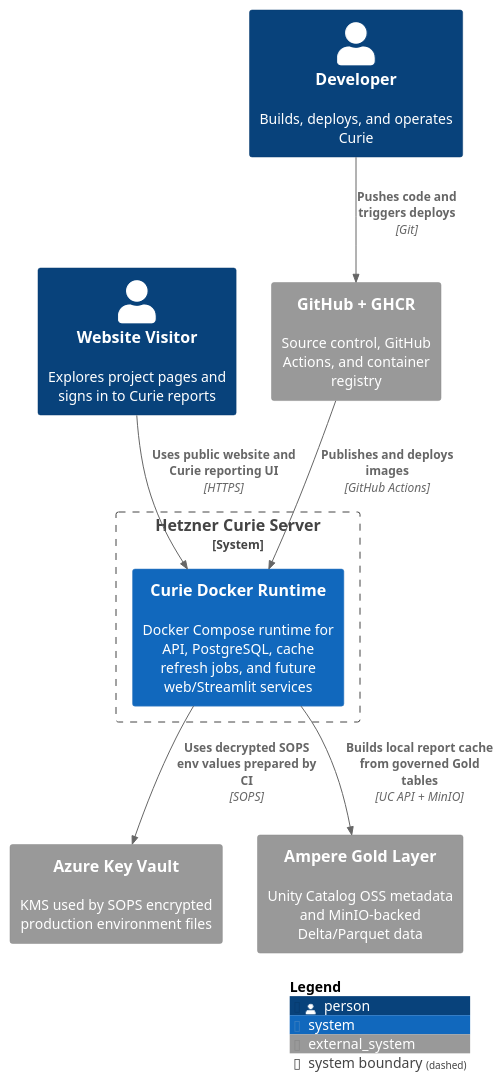
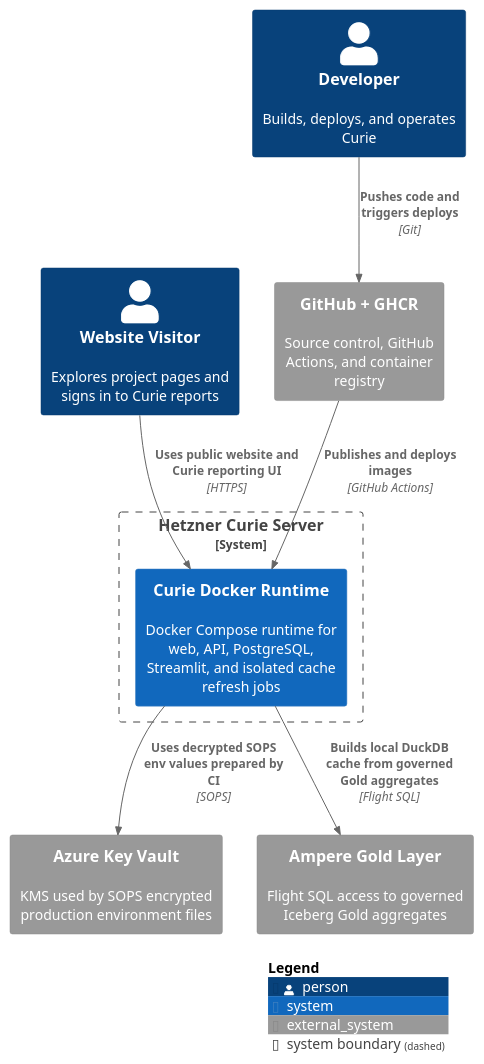
One commit to AntonMiniazev/curie_project changed the diagram in docs/diagrams/context.puml. Above: the diagram before and after it, drawn with PlantUML. The commit also changed 12 other files, not shown here.

```diff
--- a/docs/diagrams/context.puml
+++ b/docs/diagrams/context.puml
@@ -1,24 +1,24 @@
 @startuml CurieContext
 !includeurl https://raw.githubusercontent.com/plantuml-stdlib/C4-PlantUML/master/C4_Context.puml
 LAYOUT_WITH_LEGEND()
 HIDE_STEREOTYPE()
 
 Person(visitor, "Website Visitor", "Explores project pages and signs in to Curie reports")
 Person(dev, "Developer", "Builds, deploys, and operates Curie")
 
 System_Ext(github, "GitHub + GHCR", "Source control, GitHub Actions, and container registry")
 System_Ext(keyvault, "Azure Key Vault", "KMS used by SOPS encrypted production environment files")
-System_Ext(ampere, "Ampere Gold Layer", "Unity Catalog OSS metadata and MinIO-backed Delta/Parquet data")
+System_Ext(ampere, "Ampere Gold Layer", "Flight SQL access to governed Iceberg Gold aggregates")
 
 System_Boundary(curieServer, "Hetzner Curie Server") {
-    System(curieRuntime, "Curie Docker Runtime", "Docker Compose runtime for API, PostgreSQL, cache refresh jobs, and future web/Streamlit services")
+    System(curieRuntime, "Curie Docker Runtime", "Docker Compose runtime for web, API, PostgreSQL, Streamlit, and isolated cache refresh jobs")
 }
 
 Rel(visitor, curieRuntime, "Uses public website and Curie reporting UI", "HTTPS")
 Rel(dev, github, "Pushes code and triggers deploys", "Git")
 Rel(github, curieRuntime, "Publishes and deploys images", "GitHub Actions")
 Rel(curieRuntime, keyvault, "Uses decrypted SOPS env values prepared by CI", "SOPS")
-Rel(curieRuntime, ampere, "Builds local report cache from governed Gold tables", "UC API + MinIO")
+Rel(curieRuntime, ampere, "Builds local DuckDB cache from governed Gold aggregates", "Flight SQL")
 
 SHOW_LEGEND()
 @enduml
```
